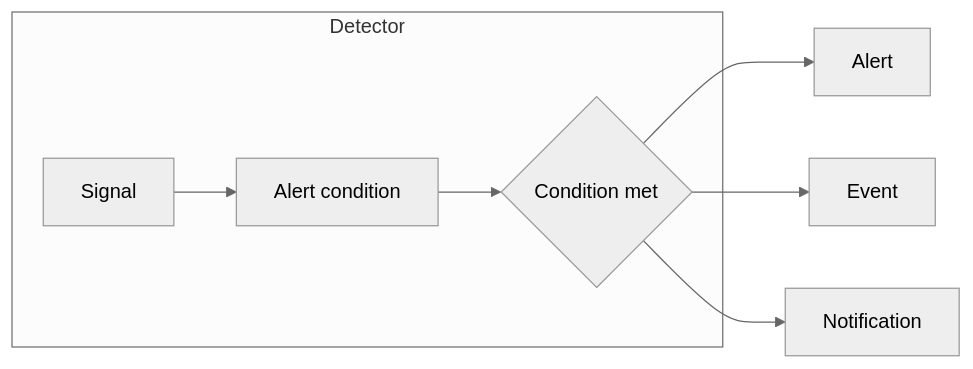
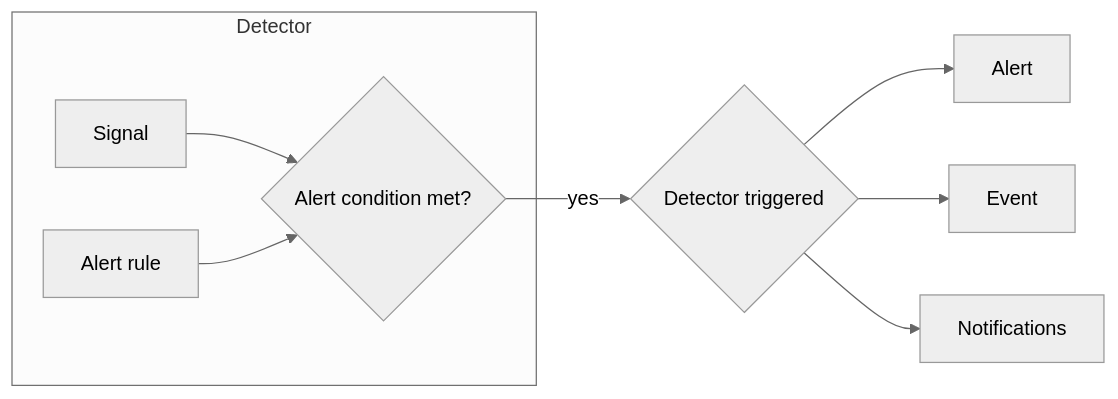
One commit to splunk/public-o11y-docs changed the diagram in alerts-detectors-notifications/alerts-detectors-notifications.rst. Above: the diagram before and after it, drawn with Mermaid (neutral theme). The commit also changed other lines of this file, not shown here.

Commit message:
updated diagram

```diff
--- a/alerts-detectors-notifications/alerts-detectors-notifications.rst
+++ b/alerts-detectors-notifications/alerts-detectors-notifications.rst
@@ -126,10 +85,11 @@
-.. mermaid::
-
+.. mermaid:: 
+  
   flowchart LR
-    subgraph Detector
-    A[Signal] --> B[Alert condition]
-    B --> C{Condition met}
-    end
-    C --> Alert
-    C --> Event
-    C --> Notification
+      subgraph Detector
+      Signal --> A{Alert condition met?}
+      B[Alert rule] --> A
+      end
+      A -- yes --> D{Detector triggered}
+      D --> Alert
+      D --> Event
+      D --> Notifications
```
